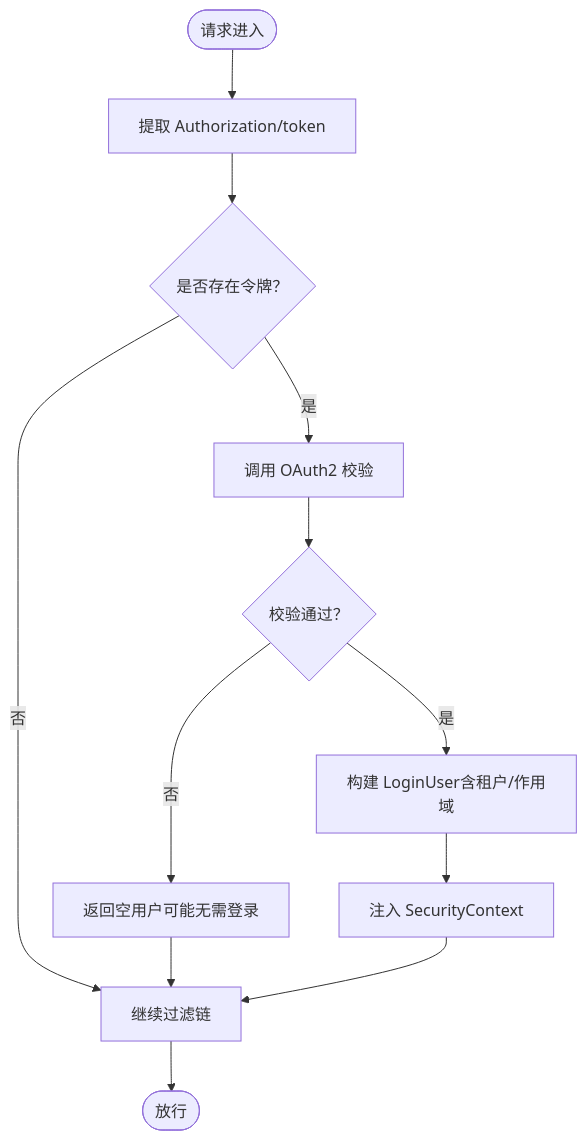
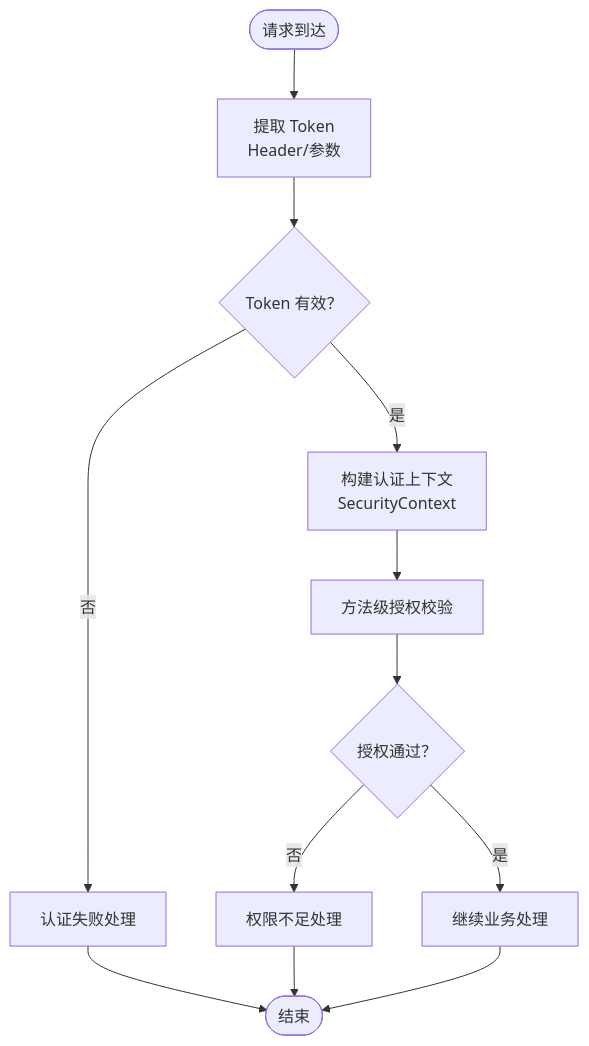
One commit to zhuangpengLI/AgenticCPS changed the third of 9 diagrams in .qoder/repowiki/zh/content/安全与权限/安全与权限.md. Above: the diagram before and after it, drawn with Mermaid. The commit also changed other lines of this file and 293 other files, not shown here.

````diff
--- a/.qoder/repowiki/zh/content/安全与权限/安全与权限.md
+++ b/.qoder/repowiki/zh/content/安全与权限/安全与权限.md
@@ -203,14 +217,14 @@
 ```mermaid
 flowchart TD
-Start(["请求进入"]) --> Extract["提取 Authorization/token"]
-Extract --> HasToken{"是否存在令牌？"}
-HasToken --> |否| Continue["继续过滤链"]
-HasToken --> |是| Check["调用 OAuth2 校验"]
-Check --> Ok{"校验通过？"}
-Ok --> |否| NullUser["返回空用户可能无需登录"]
-Ok --> |是| BuildUser["构建 LoginUser含租户/作用域"]
-BuildUser --> Inject["注入 SecurityContext"]
-NullUser --> Continue
-Inject --> Continue
-Continue --> End(["放行"])
+Start(["请求到达"]) --> Extract["提取 Token<br/>Header/参数"]
+Extract --> Validate{"Token 有效？"}
+Validate --> |否| Deny["认证失败处理"]
+Validate --> |是| BuildCtx["构建认证上下文<br/>SecurityContext"]
+BuildCtx --> Authz["方法级授权校验"]
+Authz --> Permit{"授权通过？"}
+Permit --> |否| Forbidden["权限不足处理"]
+Permit --> |是| Proceed["继续业务处理"]
+Deny --> End(["结束"])
+Forbidden --> End
+Proceed --> End
 ```
````
